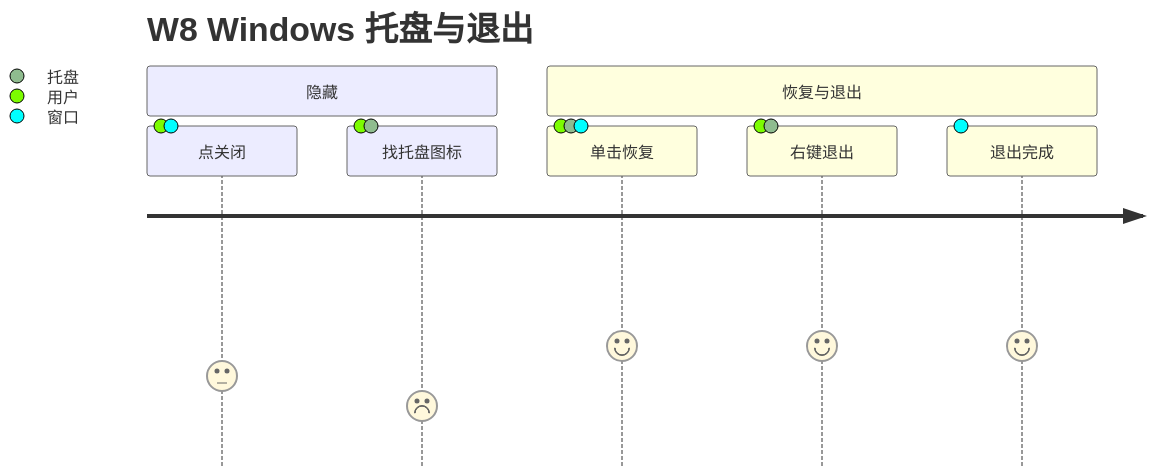
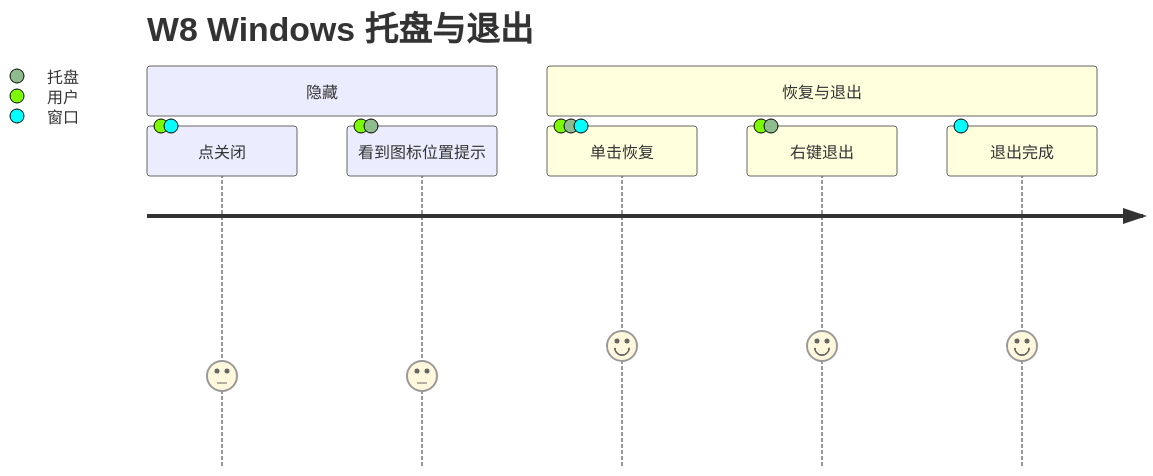
Diagram 11 of 11 in docs/design/uiux-2026-11/03-journeys-windows.md (LoTwT/youkai), drawn with Mermaid before and after one commit. The commit also changed other lines of this file and 7 other files, not shown here.

````diff
--- a/docs/design/uiux-2026-11/03-journeys-windows.md
+++ b/docs/design/uiux-2026-11/03-journeys-windows.md
@@ -347,11 +401,11 @@
 ```mermaid
 journey
   title W8 Windows 托盘与退出
   section 隐藏
     点关闭: 3: 用户, 窗口
-    找托盘图标: 2: 用户, 托盘
+    看到图标位置提示: 3: 用户, 托盘
   section 恢复与退出
     单击恢复: 4: 用户, 托盘, 窗口
     右键退出: 4: 用户, 托盘
     退出完成: 4: 窗口
 ```
````
